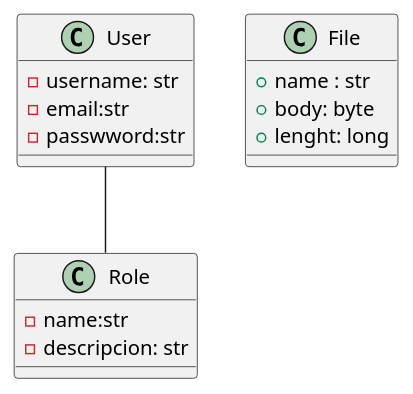
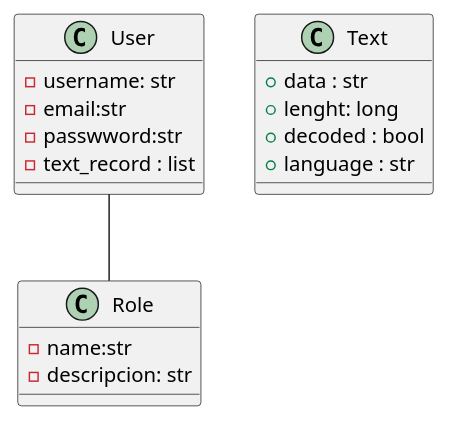
Before and after one commit to julietachaki/ProyectoSoftware: the diagram in docs/diagram.wsd, drawn with PlantUML.

```diff
--- a/docs/diagram.wsd
+++ b/docs/diagram.wsd
@@ -1,17 +1,19 @@
 @startuml
 class User{
     -username: str
     -email:str
     -passwword:str
+    -text_record : list
 }
 class Role{
     -name:str
     -descripcion: str
 }
-class File{
-    +name : str
-    +body: byte
+class Text{
+    +data : str
     +lenght: long
+    +decoded : bool
+    +language : str
 }
 User -- Role
 @enduml
```
